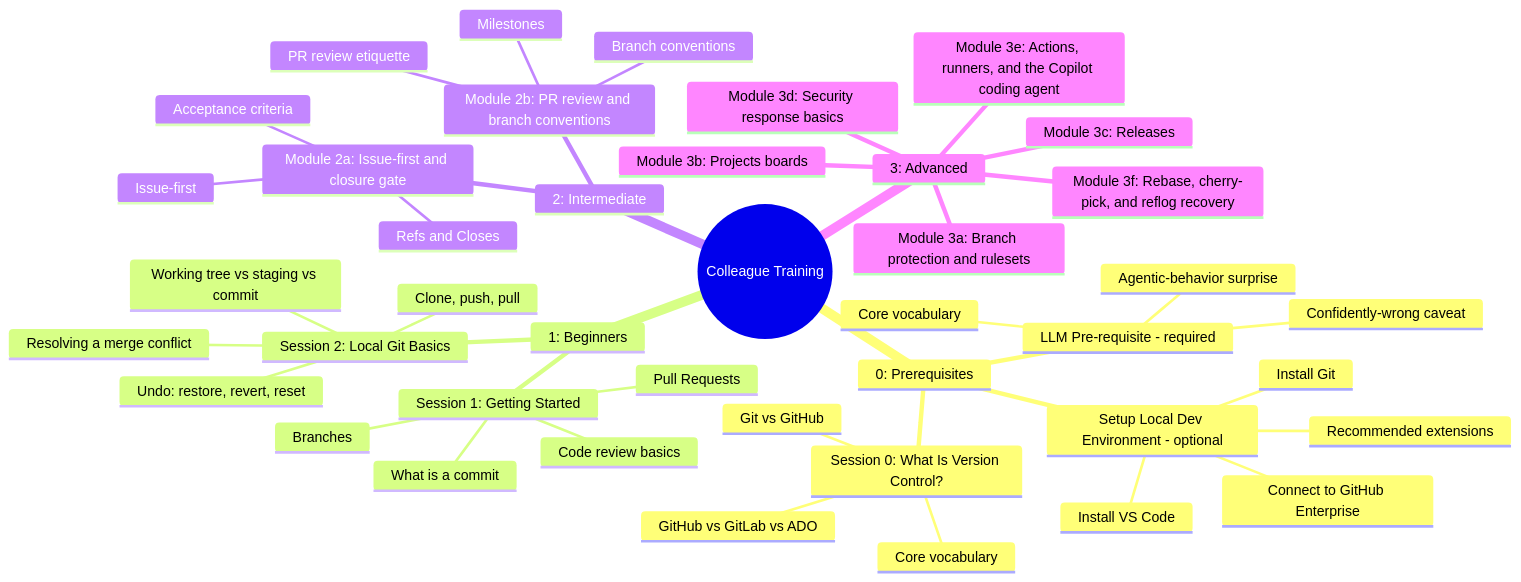
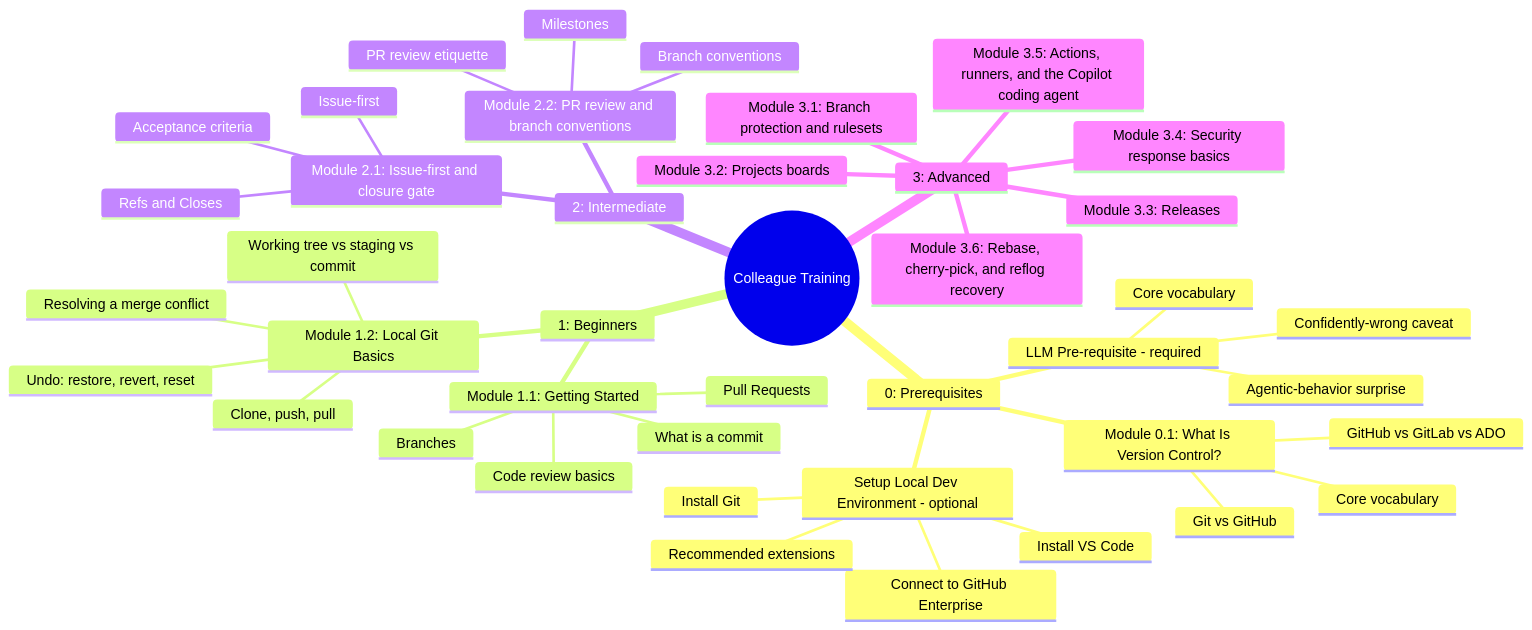
Before and after one commit to JeanKadang/DOC-GitHub-Practice-Skills: the second of 2 diagrams in education/README.md, drawn with Mermaid. The commit also changed other lines of this file and 19 other files, not shown here.

````diff
--- a/education/README.md
+++ b/education/README.md
@@ -95,45 +95,45 @@
 ```mermaid
 mindmap
   root((Colleague Training))
     0: Prerequisites
-      Session 0: What Is Version Control?
+      Module 0.1: What Is Version Control?
         Git vs GitHub
         Core vocabulary
         GitHub vs GitLab vs ADO
       LLM Pre-requisite - required
         Core vocabulary
         Agentic-behavior surprise
         Confidently-wrong caveat
       Setup Local Dev Environment - optional
         Install Git
         Install VS Code
         Connect to GitHub Enterprise
         Recommended extensions
     1: Beginners
-      Session 1: Getting Started
+      Module 1.1: Getting Started
         What is a commit
         Branches
         Pull Requests
         Code review basics
-      Session 2: Local Git Basics
+      Module 1.2: Local Git Basics
         Working tree vs staging vs commit
         Clone, push, pull
         Resolving a merge conflict
         Undo: restore, revert, reset
     2: Intermediate
-      Module 2a: Issue-first and closure gate
+      Module 2.1: Issue-first and closure gate
         Issue-first
         Refs and Closes
         Acceptance criteria
-      Module 2b: PR review and branch conventions
+      Module 2.2: PR review and branch conventions
         PR review etiquette
         Branch conventions
         Milestones
     3: Advanced
-      Module 3a: Branch protection and rulesets
-      Module 3b: Projects boards
-      Module 3c: Releases
-      Module 3d: Security response basics
-      Module 3e: Actions, runners, and the Copilot coding agent
-      Module 3f: Rebase, cherry-pick, and reflog recovery
+      Module 3.1: Branch protection and rulesets
+      Module 3.2: Projects boards
+      Module 3.3: Releases
+      Module 3.4: Security response basics
+      Module 3.5: Actions, runners, and the Copilot coding agent
+      Module 3.6: Rebase, cherry-pick, and reflog recovery
 ```
````
